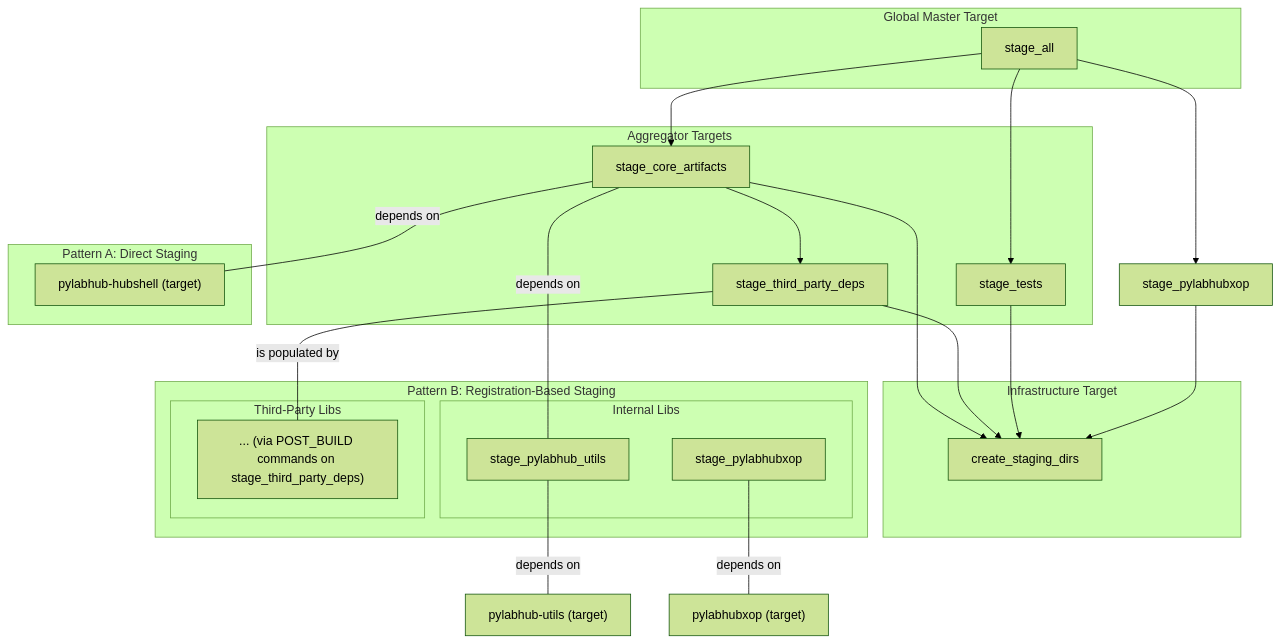
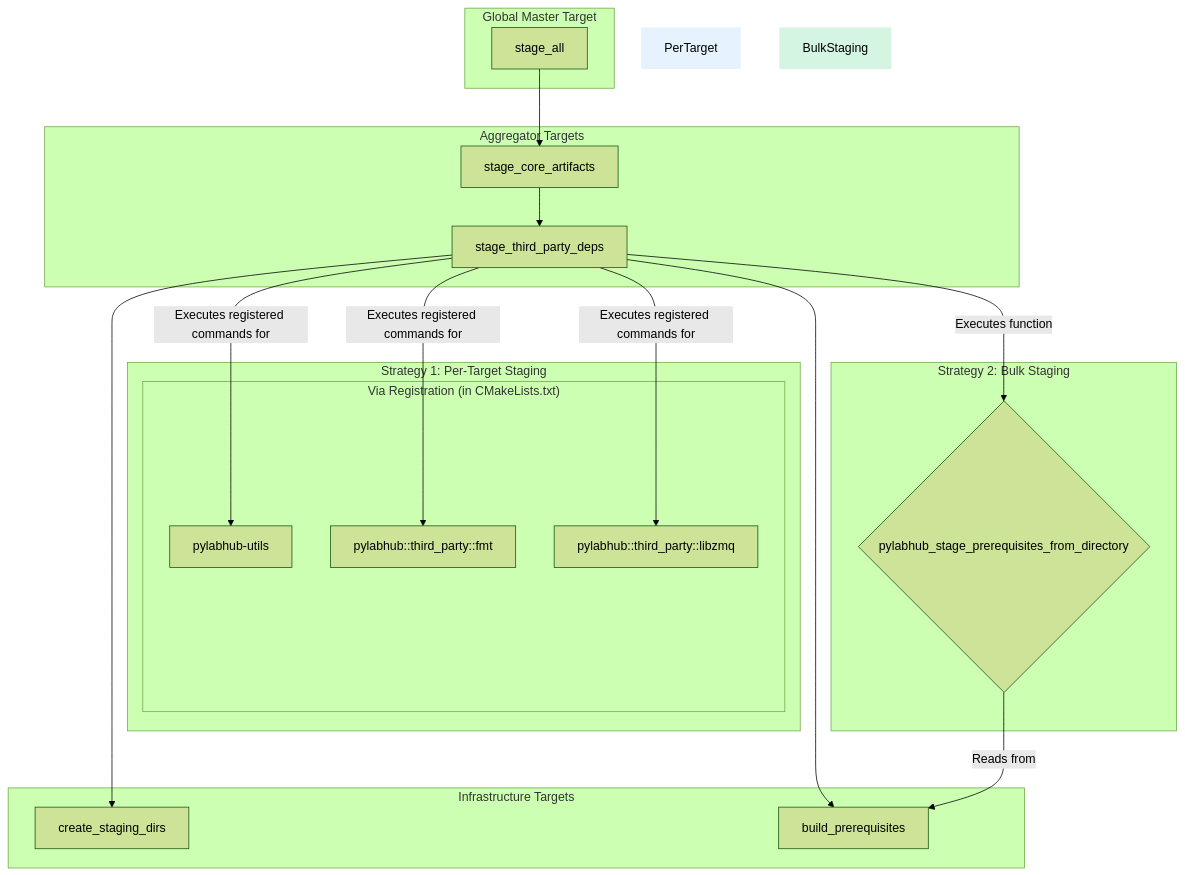
The second of 2 diagrams in cpp/docs/README_CMake_Design.md (Qing-LAB/pylabhub), drawn with Mermaid (forest theme) before and after one commit. The commit also changed other lines of this file and 8 other files, not shown here.

Commit message:
fix building and staging problems for third party

````diff
--- a/cpp/docs/README_CMake_Design.md
+++ b/cpp/docs/README_CMake_Design.md
@@ -119,47 +133,43 @@
 ```mermaid
 graph TD
     subgraph "Global Master Target"
         stage_all
     end
     
     subgraph "Aggregator Targets"
         stage_core_artifacts
         stage_third_party_deps
-        stage_tests
     end
     
-    subgraph "Infrastructure Target"
+    subgraph "Infrastructure Targets"
       create_staging_dirs
+      build_prerequisites
     end
 
-    %% Dependencies between aggregators
-    stage_all --> stage_core_artifacts & stage_tests & stage_pylabhubxop
+    %% Core Dependencies
+    stage_all --> stage_core_artifacts;
+    stage_core_artifacts --> stage_third_party_deps;
+    stage_third_party_deps --> create_staging_dirs;
+    stage_third_party_deps --> build_prerequisites;
 
-    stage_core_artifacts --> stage_third_party_deps
-
-    %% All aggregators depend on the base directory structure
-    stage_core_artifacts --> create_staging_dirs
-    stage_third_party_deps --> create_staging_dirs
-    stage_tests --> create_staging_dirs
-    stage_pylabhubxop --> create_staging_dirs
-
-    subgraph "Pattern A: Direct Staging"
-      A["pylabhub-hubshell (target)"]
+    subgraph "Strategy 1: Per-Target Staging"
+        style PerTarget fill:#E6F3FF,stroke-width:0
+        subgraph "Via Registration (in CMakeLists.txt)"
+            A[pylabhub-utils]
+            B[pylabhub::third_party::fmt]
+            C[pylabhub::third_party::libzmq]
+        end
     end
     
-    subgraph "Pattern B: Registration-Based Staging"
-        subgraph "Internal Libs"
-            B[stage_pylabhub_utils]
-            D[stage_pylabhubxop]
-        end
-        subgraph "Third-Party Libs"
-            C["... (via POST_BUILD commands on stage_third_party_deps)"]
-        end
+    subgraph "Strategy 2: Bulk Staging"
+        style BulkStaging fill:#D5F5E3,stroke-width:0
+        D{pylabhub_stage_prerequisites_from_directory}
     end
 
-    %% Wiring patterns to aggregators
-    stage_core_artifacts -- depends on --- A & B
-    stage_third_party_deps -- "is populated by" --- C
-    B -- depends on --- B_lib["pylabhub-utils (target)"]
-    D -- depends on --- D_lib["pylabhubxop (target)"]
+    %% Wiring staging strategies to the aggregator
+    stage_third_party_deps -- "Executes registered commands for" --> A & B & C;
+    stage_third_party_deps -- "Executes function" --> D;
+    
+    D -- "Reads from" --> build_prerequisites;
+
 ```
````
